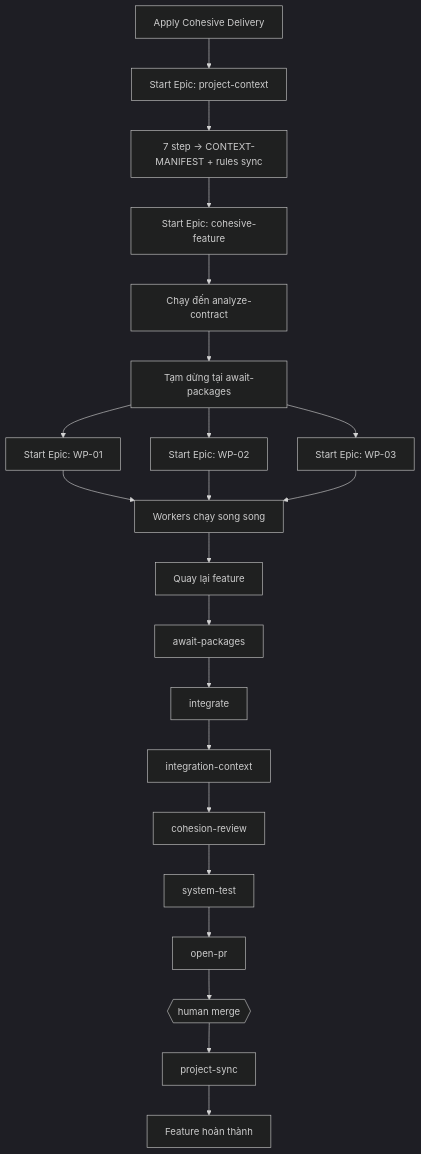
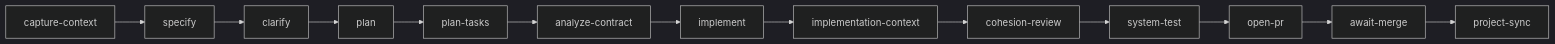
One commit to o00ontcong/aidlc changed the third of 3 diagrams in packages/extension/media/guides/cohesive-delivery.md. Above: the diagram before and after it, drawn with Mermaid (dark theme). The commit also changed other lines of this file and 20 other files, not shown here.

Commit message:
redesign cohesive delivery around independent epics

````diff
--- a/packages/extension/media/guides/cohesive-delivery.md
+++ b/packages/extension/media/guides/cohesive-delivery.md
@@ -622,27 +84,7 @@
-```mermaid
-flowchart TB
-  A[Apply Cohesive Delivery] --> B[Start Epic: project-context]
-  B --> C[7 step → CONTEXT-MANIFEST + rules sync]
-  C --> D[Start Epic: cohesive-feature]
-  D --> E[Chạy đến analyze-contract]
-  E --> F[Tạm dừng tại await-packages]
-
-  F --> G1[Start Epic: WP-01]
-  F --> G2[Start Epic: WP-02]
-  F --> G3[Start Epic: WP-03]
-
-  G1 --> H[Workers chạy song song]
-  G2 --> H
-  G3 --> H
-
-  H --> I[Quay lại feature]
-  I --> J[await-packages]
-  J --> K[integrate]
-  K --> L[integration-context]
-  L --> M[cohesion-review]
-  M --> N[system-test]
-  N --> O[open-pr]
-  O --> P{{human merge}}
-  P --> Q[project-sync]
-  Q --> R[Feature hoàn thành]
-```
+~~~mermaid
+flowchart LR
+  A[capture-context] --> B[specify] --> C[clarify] --> D[plan]
+  D --> E[plan-tasks] --> F[analyze-contract] --> G[implement]
+  G --> H[implementation-context] --> I[cohesion-review] --> J[system-test]
+  J --> K[open-pr] --> L[await-merge] --> M[project-sync]
+~~~
````
